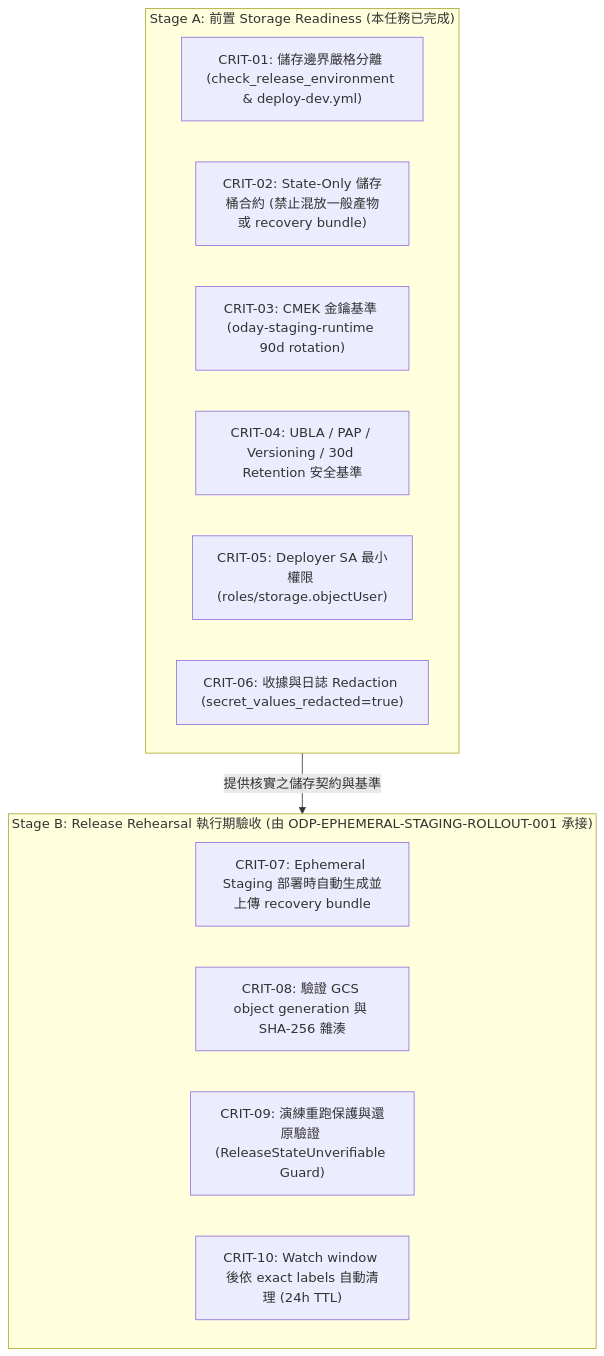
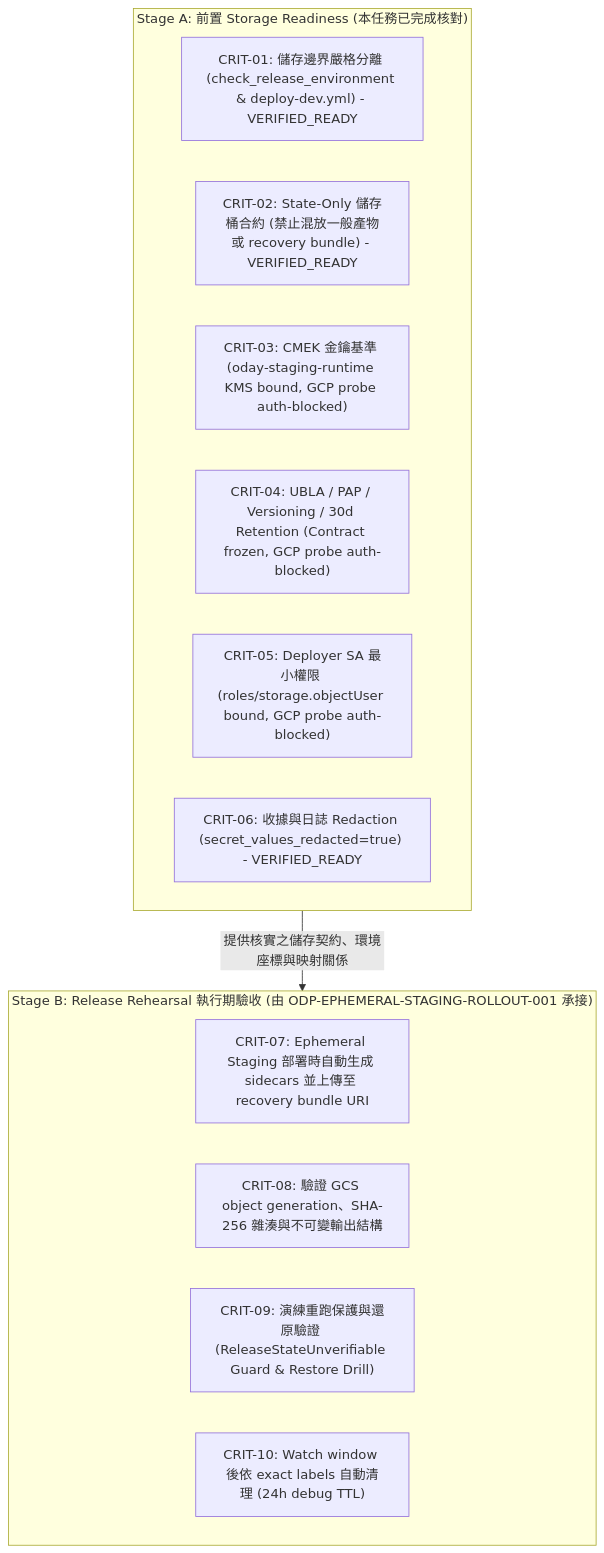
Before and after one commit to alfloop-dev/odayplus: the diagram in docs/evidence/runtime/ODP-STAGING-RECOVERY-STORAGE-ACCEPTANCE-001/README.md, drawn with Mermaid. The commit also changed other lines of this file and 3 other files, not shown here.

First line of the commit message:
ODP-STAGING-RECOVERY-STORAGE-ACCEPTANCE-001: 補正環境座標與驗收映射

````diff
--- a/docs/evidence/runtime/ODP-STAGING-RECOVERY-STORAGE-ACCEPTANCE-001/README.md
+++ b/docs/evidence/runtime/ODP-STAGING-RECOVERY-STORAGE-ACCEPTANCE-001/README.md
@@ -128,20 +175,20 @@
 ```mermaid
 flowchart TD
-    subgraph STAGE_A["Stage A: 前置 Storage Readiness (本任務已完成)"]
-        A1["CRIT-01: 儲存邊界嚴格分離 (check_release_environment & deploy-dev.yml)"]
-        A2["CRIT-02: State-Only 儲存桶合約 (禁止混放一般產物或 recovery bundle)"]
-        A3["CRIT-03: CMEK 金鑰基準 (oday-staging-runtime 90d rotation)"]
-        A4["CRIT-04: UBLA / PAP / Versioning / 30d Retention 安全基準"]
-        A5["CRIT-05: Deployer SA 最小權限 (roles/storage.objectUser)"]
-        A6["CRIT-06: 收據與日誌 Redaction (secret_values_redacted=true)"]
+    subgraph STAGE_A["Stage A: 前置 Storage Readiness (本任務已完成核對)"]
+        A1["CRIT-01: 儲存邊界嚴格分離 (check_release_environment & deploy-dev.yml) - VERIFIED_READY"]
+        A2["CRIT-02: State-Only 儲存桶合約 (禁止混放一般產物或 recovery bundle) - VERIFIED_READY"]
+        A3["CRIT-03: CMEK 金鑰基準 (oday-staging-runtime KMS bound, GCP probe auth-blocked)"]
+        A4["CRIT-04: UBLA / PAP / Versioning / 30d Retention (Contract frozen, GCP probe auth-blocked)"]
+        A5["CRIT-05: Deployer SA 最小權限 (roles/storage.objectUser bound, GCP probe auth-blocked)"]
+        A6["CRIT-06: 收據與日誌 Redaction (secret_values_redacted=true) - VERIFIED_READY"]
     end
 
     subgraph STAGE_B["Stage B: Release Rehearsal 執行期驗收 (由 ODP-EPHEMERAL-STAGING-ROLLOUT-001 承接)"]
-        B1["CRIT-07: Ephemeral Staging 部署時自動生成並上傳 recovery bundle"]
-        B2["CRIT-08: 驗證 GCS object generation 與 SHA-256 雜湊"]
-        B3["CRIT-09: 演練重跑保護與還原驗證 (ReleaseStateUnverifiable Guard)"]
-        B4["CRIT-10: Watch window 後依 exact labels 自動清理 (24h TTL)"]
+        B1["CRIT-07: Ephemeral Staging 部署時自動生成 sidecars 並上傳至 recovery bundle URI"]
+        B2["CRIT-08: 驗證 GCS object generation、SHA-256 雜湊與不可變輸出結構"]
+        B3["CRIT-09: 演練重跑保護與還原驗證 (ReleaseStateUnverifiable Guard & Restore Drill)"]
+        B4["CRIT-10: Watch window 後依 exact labels 自動清理 (24h debug TTL)"]
     end
 
-    STAGE_A -->|提供核實之儲存契約與基準| STAGE_B
+    STAGE_A -->|提供核實之儲存契約、環境座標與映射關係| STAGE_B
 ```
````
